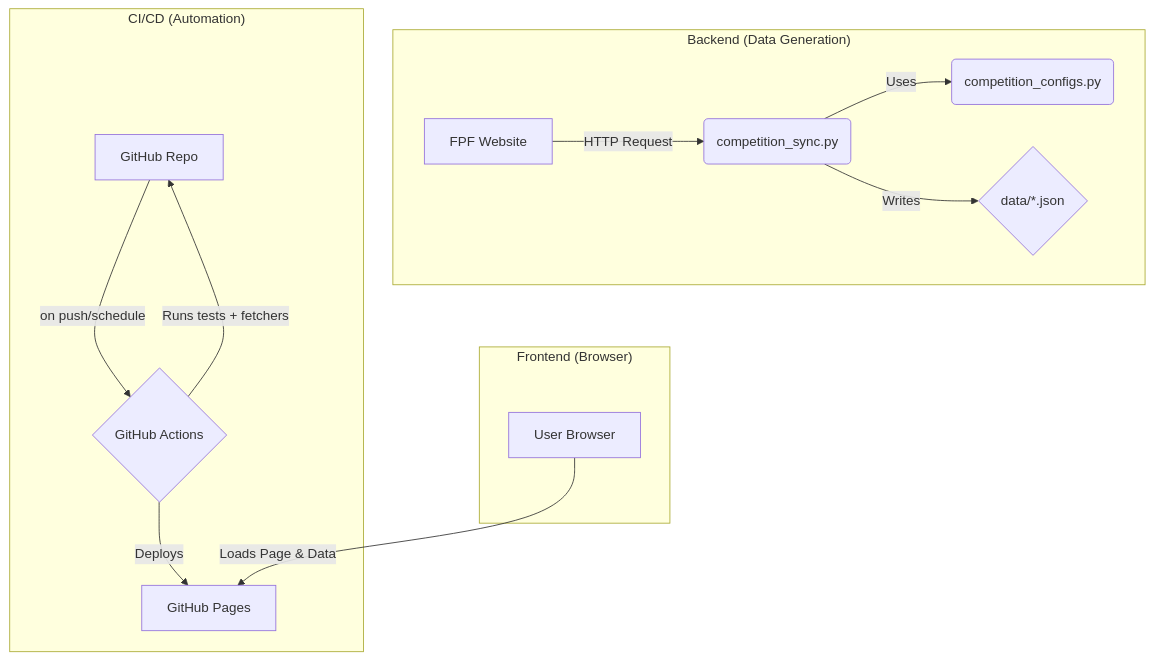
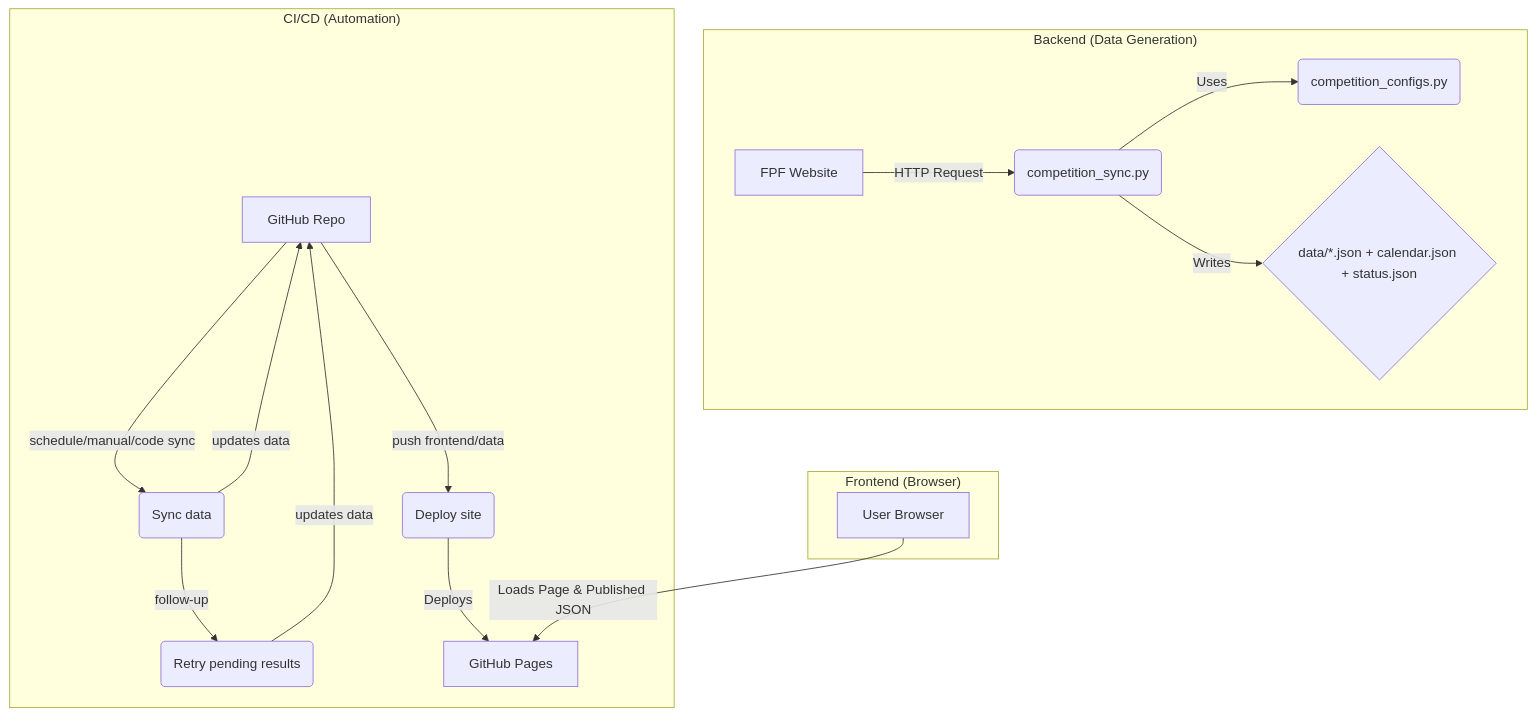
One commit to majoroka/scores_CFA changed the diagram in ARQUITETURA.md. Above: the diagram before and after it, drawn with Mermaid. The commit also changed other lines of this file and 5 other files, not shown here.

Commit message:
docs: update architecture, workflow, agenda and adaptive fetch documentation

````diff
--- a/ARQUITETURA.md
+++ b/ARQUITETURA.md
@@ -7,16 +7,19 @@
 ```mermaid
 graph TD
     subgraph "Backend (Data Generation)"
         A[FPF Website] -->|HTTP Request| B("competition_sync.py");
         B -->|Uses| B1("competition_configs.py");
-        B -->|Writes| C{data/*.json};
+        B -->|Writes| C{"data/*.json + calendar.json + status.json"};
     end
     subgraph "CI/CD (Automation)"
-        D[GitHub Repo] -- on push/schedule --> E{GitHub Actions};
-        E -->|Runs tests + fetchers| D;
-        E -->|Deploys| F[GitHub Pages];
+        D[GitHub Repo] -- push frontend/data --> E("Deploy site");
+        D -- schedule/manual/code sync --> F("Sync data");
+        F -->|follow-up| G("Retry pending results");
+        F -->|updates data| D;
+        G -->|updates data| D;
+        E -->|Deploys| H[GitHub Pages];
     end
     subgraph "Frontend (Browser)"
-        G[User Browser] -->|Loads Page & Data| F;
+        I[User Browser] -->|Loads Page & Published JSON| H;
     end
 ```
````
